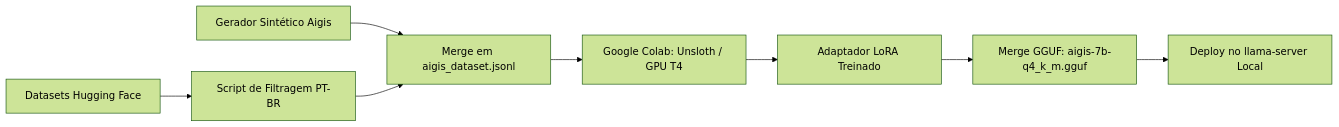
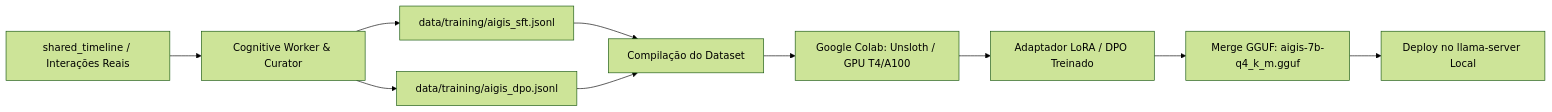
The diagram in docs/LORA_FINETUNING_PLAN.md (GalafassiNAT/Aigis-Assistant), drawn with Mermaid (forest theme) before and after one commit. The commit also changed other lines of this file and 18 other files, not shown here.

````diff
--- a/docs/LORA_FINETUNING_PLAN.md
+++ b/docs/LORA_FINETUNING_PLAN.md
@@ -38,10 +39,12 @@
 ```mermaid
 flowchart LR
-    HF[Datasets Hugging Face] --> Filter[Script de Filtragem PT-BR]
-    Syn[Gerador Sintético Aigis] --> Blend[Merge em aigis_dataset.jsonl]
-    Filter --> Blend
-    Blend --> Colab[Google Colab: Unsloth / GPU T4]
-    Colab --> LoRA[Adaptador LoRA Treinado]
+    TL[shared_timeline / Interações Reais] --> CW[Cognitive Worker & Curator]
+    CW --> SFT[data/training/aigis_sft.jsonl]
+    CW --> DPO[data/training/aigis_dpo.jsonl]
+    SFT --> Blend[Compilação do Dataset]
+    DPO --> Blend
+    Blend --> Colab[Google Colab: Unsloth / GPU T4/A100]
+    Colab --> LoRA[Adaptador LoRA / DPO Treinado]
     LoRA --> Merge[Merge GGUF: aigis-7b-q4_k_m.gguf]
     Merge --> LlamaServer[Deploy no llama-server Local]
 ```
````
